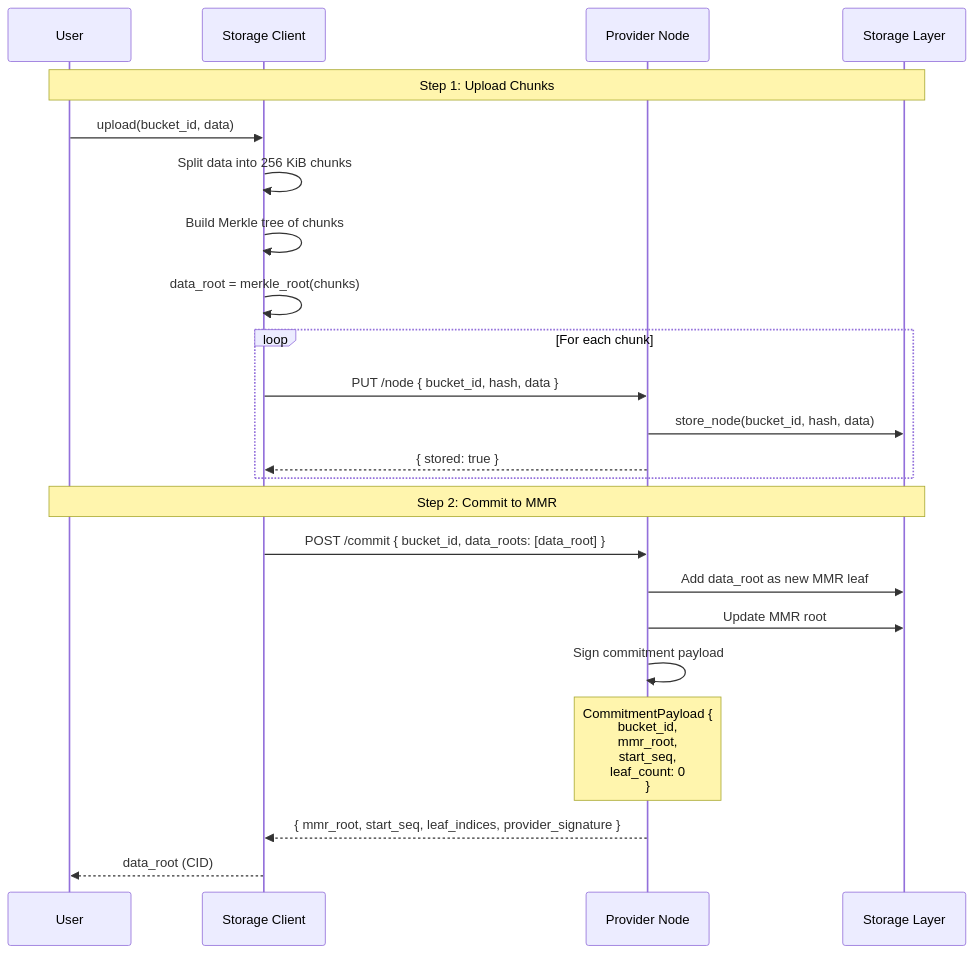
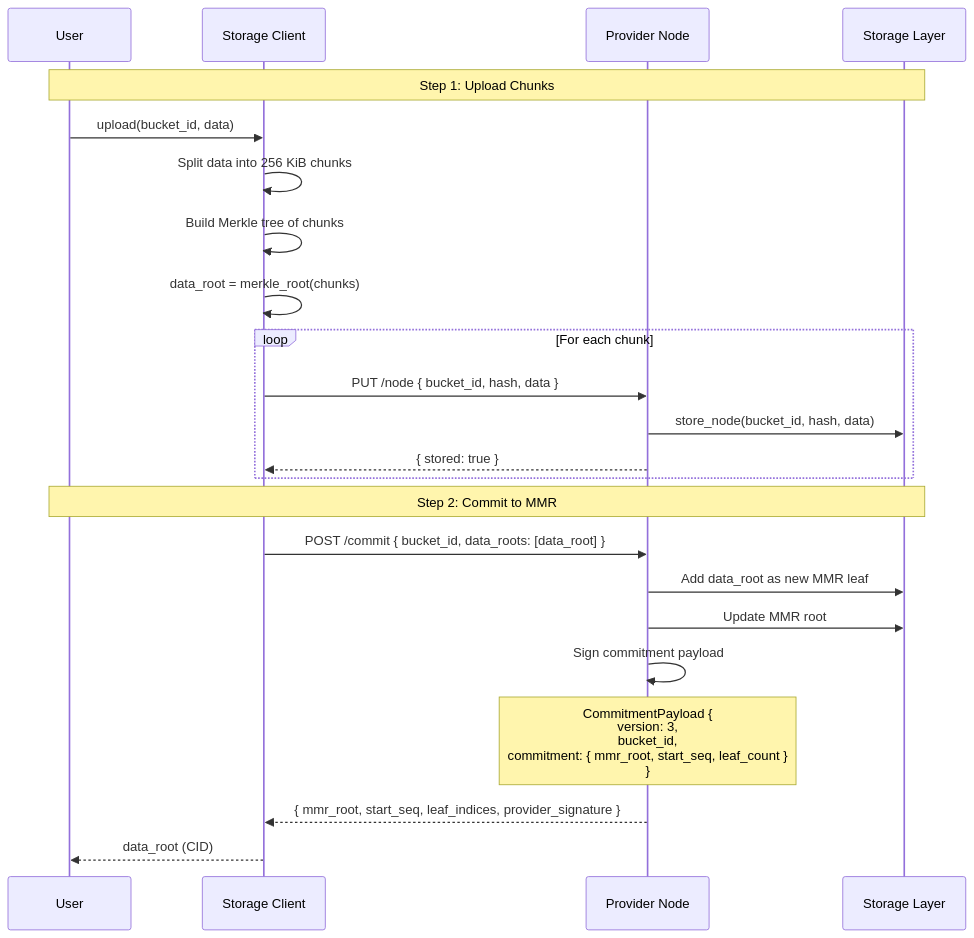
Before and after one commit to paritytech/web3-storage: the sixth of 13 diagrams in docs/reference/EXECUTION_FLOWS.md, drawn with Mermaid. The commit also changed other lines of this file and 47 other files, not shown here.

````diff
--- a/docs/reference/EXECUTION_FLOWS.md
+++ b/docs/reference/EXECUTION_FLOWS.md
@@ -269,33 +271,33 @@
 ```mermaid
 sequenceDiagram
     participant U as User
     participant SC as Storage Client
     participant PN as Provider Node
     participant S as Storage Layer
 
     Note over U,S: Step 1: Upload Chunks
     U->>SC: upload(bucket_id, data)
 
     SC->>SC: Split data into 256 KiB chunks
     SC->>SC: Build Merkle tree of chunks
     SC->>SC: data_root = merkle_root(chunks)
 
     loop For each chunk
         SC->>PN: PUT /node { bucket_id, hash, data }
         PN->>S: store_node(bucket_id, hash, data)
         PN-->>SC: { stored: true }
     end
 
     Note over U,S: Step 2: Commit to MMR
     SC->>PN: POST /commit { bucket_id, data_roots: [data_root] }
 
     PN->>S: Add data_root as new MMR leaf
     PN->>S: Update MMR root
     PN->>PN: Sign commitment payload
 
-    Note over PN: CommitmentPayload {<br/> bucket_id,<br/> mmr_root,<br/> start_seq,<br/> leaf_count: 0<br/>}
+    Note over PN: CommitmentPayload {<br/> version: 3,<br/> bucket_id,<br/> commitment: { mmr_root, start_seq, leaf_count }<br/>}
 
     PN-->>SC: { mmr_root, start_seq, leaf_indices, provider_signature }
 
     SC-->>U: data_root (CID)
 ```
````
